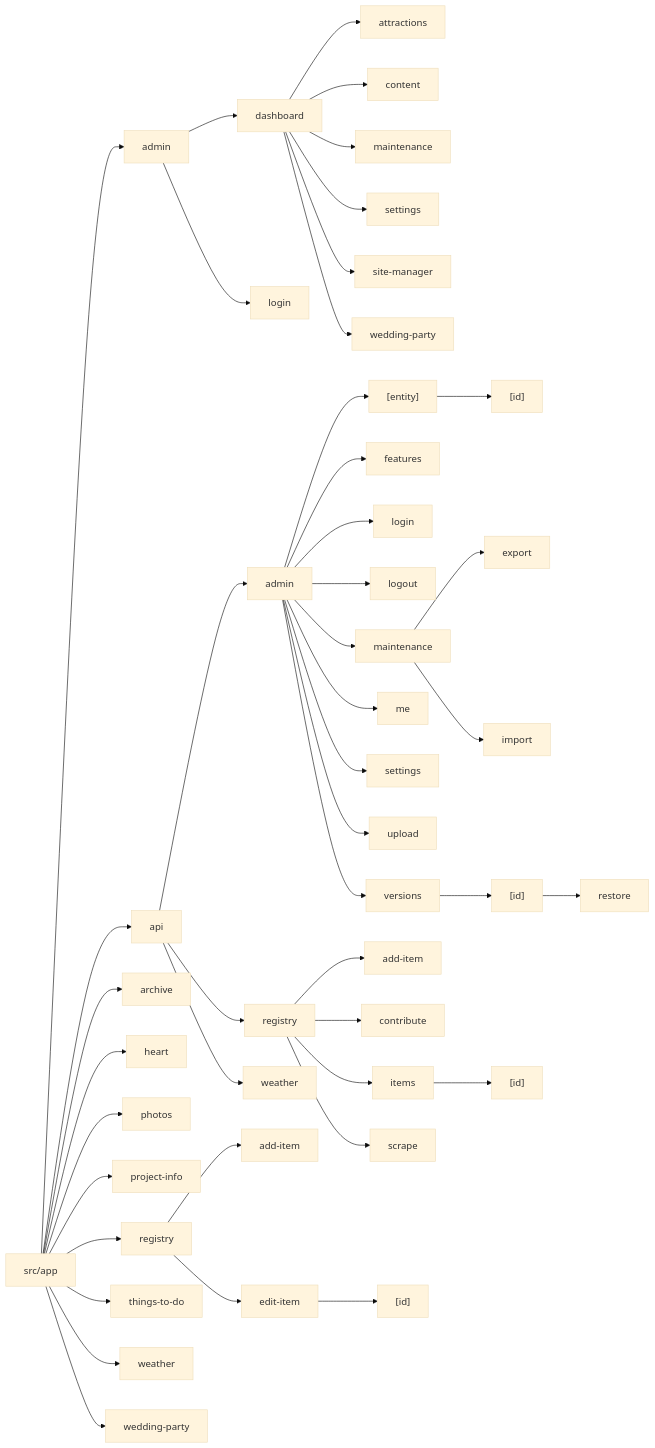
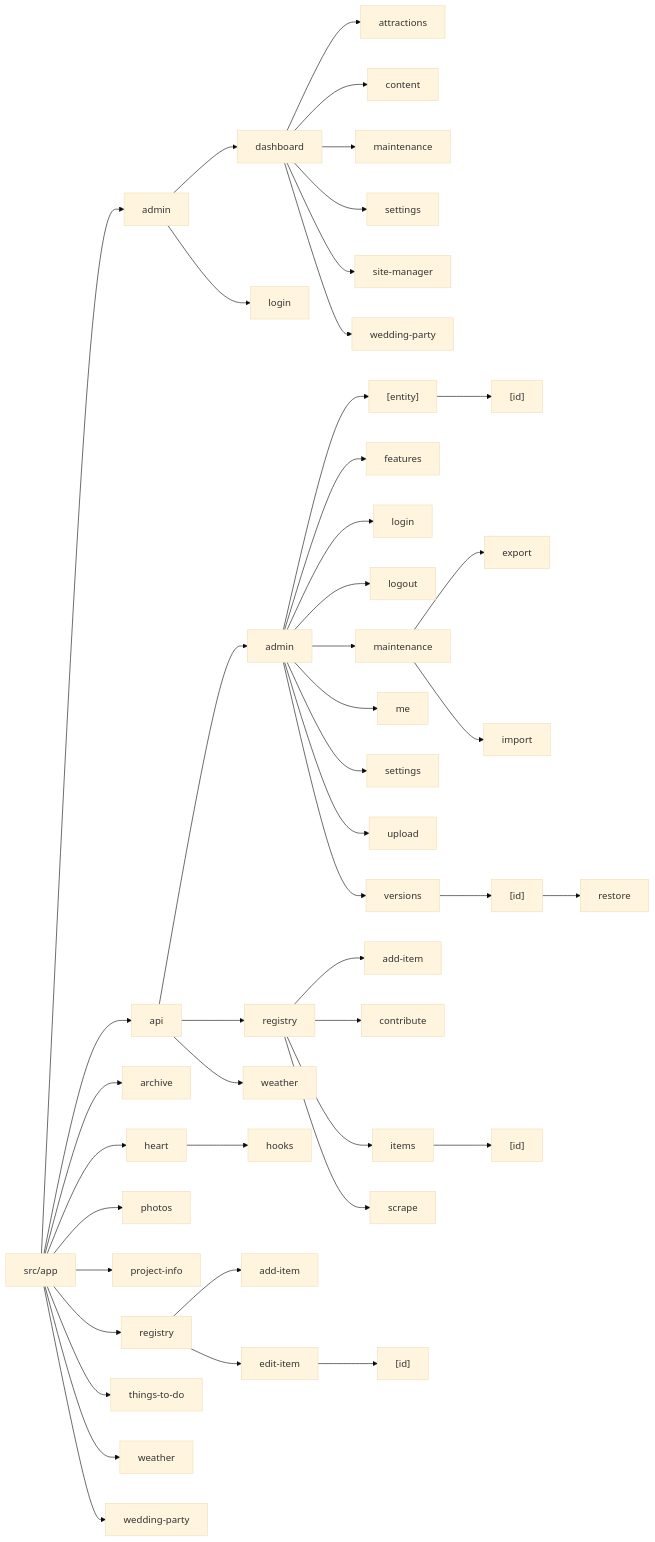
Before and after one commit to fderuiter/wedding_website: the second of 2 diagrams in ARCHITECTURE.md, drawn with Mermaid (base theme). The commit also changed 5 other files, not shown here.

```diff
--- a/ARCHITECTURE.md
+++ b/ARCHITECTURE.md
@@ -128,6 +128,8 @@
     App --> node_archive
     node_heart["heart"]
     App --> node_heart
+    node_heart_hooks["hooks"]
+    node_heart --> node_heart_hooks
     node_photos["photos"]
     App --> node_photos
     node_projectinfo["project-info"]
```
